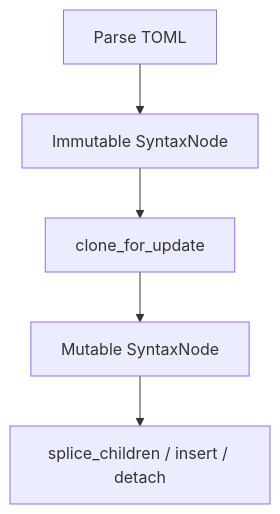
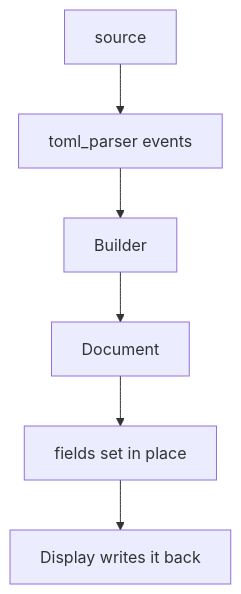
The diagram in CONTRIBUTING.md (tox-dev/toml-fmt), drawn with Mermaid before and after one commit. The commit also changed other lines of this file and 243 other files, not shown here.

````diff
--- a/CONTRIBUTING.md
+++ b/CONTRIBUTING.md
@@ -172,7 +194,8 @@
 ```mermaid
 graph TD
-    A[Parse TOML] --> B[Immutable SyntaxNode]
-    B --> C[clone_for_update]
-    C --> D[Mutable SyntaxNode]
-    D --> E[splice_children / insert / detach]
+    A[source] --> B[toml_parser events]
+    B --> C[Builder]
+    C --> D[Document]
+    D --> E[fields set in place]
+    E --> F[Display writes it back]
 ```
````
